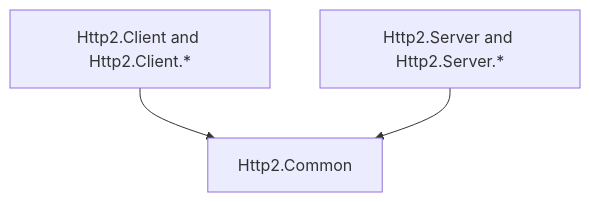
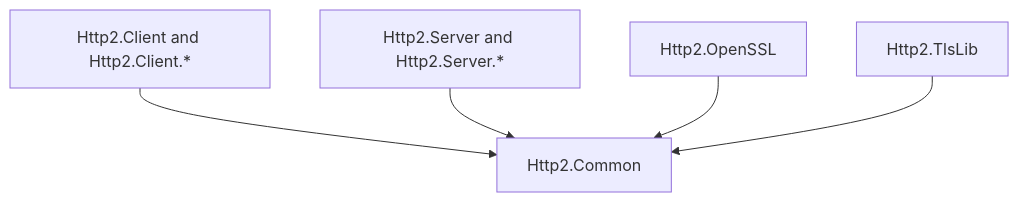
One commit to lscoughlin/http2components changed the diagram in doc/design/common/architecture.md. Above: the diagram before and after it, drawn with Mermaid. The commit also changed other lines of this file and 3 other files, not shown here.

````diff
--- a/doc/design/common/architecture.md
+++ b/doc/design/common/architecture.md
@@ -23,8 +24,12 @@
 ```mermaid
 flowchart TD
   Common[Http2.Common]
   Client[Http2.Client and Http2.Client.*]
   Server[Http2.Server and Http2.Server.*]
+  OpenSSL[Http2.OpenSSL]
+  TlsLib[Http2.TlsLib]
   Client --> Common
   Server --> Common
+  OpenSSL --> Common
+  TlsLib --> Common
 ```
````
